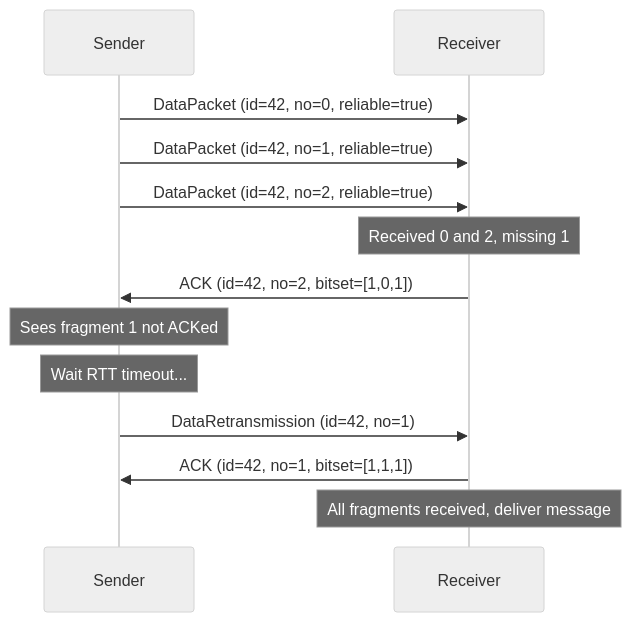
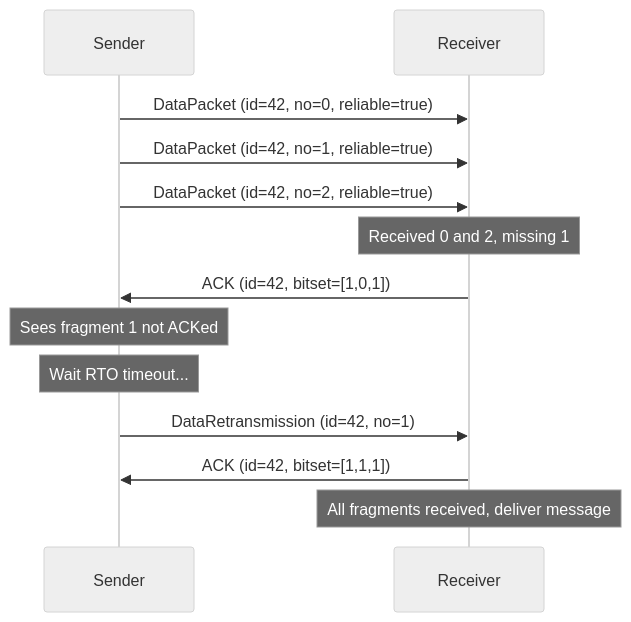
One commit to Fastcode/NUClear changed the ninth of 12 diagrams in docs/explanation/nuclearnet.md. Above: the diagram before and after it, drawn with Mermaid (neutral theme). The commit also changed other lines of this file and 3 other files, not shown here.

````diff
--- a/docs/explanation/nuclearnet.md
+++ b/docs/explanation/nuclearnet.md
@@ -229,19 +310,19 @@
 ```mermaid
 sequenceDiagram
     participant S as Sender
     participant R as Receiver
 
     S->>R: DataPacket (id=42, no=0, reliable=true)
     S->>R: DataPacket (id=42, no=1, reliable=true)
     S->>R: DataPacket (id=42, no=2, reliable=true)
 
     Note over R: Received 0 and 2, missing 1
-    R->>S: ACK (id=42, no=2, bitset=[1,0,1])
+    R->>S: ACK (id=42, bitset=[1,0,1])
 
     Note over S: Sees fragment 1 not ACKed
-    Note over S: Wait RTT timeout...
+    Note over S: Wait RTO timeout...
     S->>R: DataRetransmission (id=42, no=1)
 
-    R->>S: ACK (id=42, no=1, bitset=[1,1,1])
+    R->>S: ACK (id=42, bitset=[1,1,1])
     Note over R: All fragments received, deliver message
 ```
````
